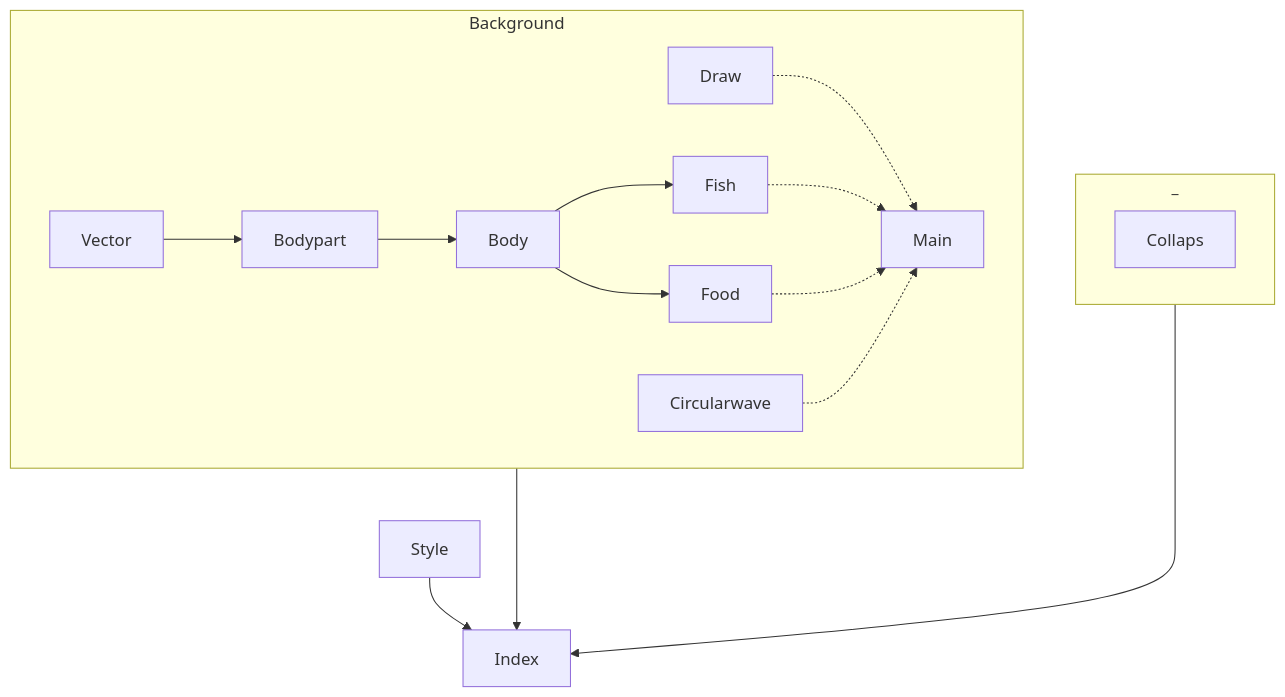
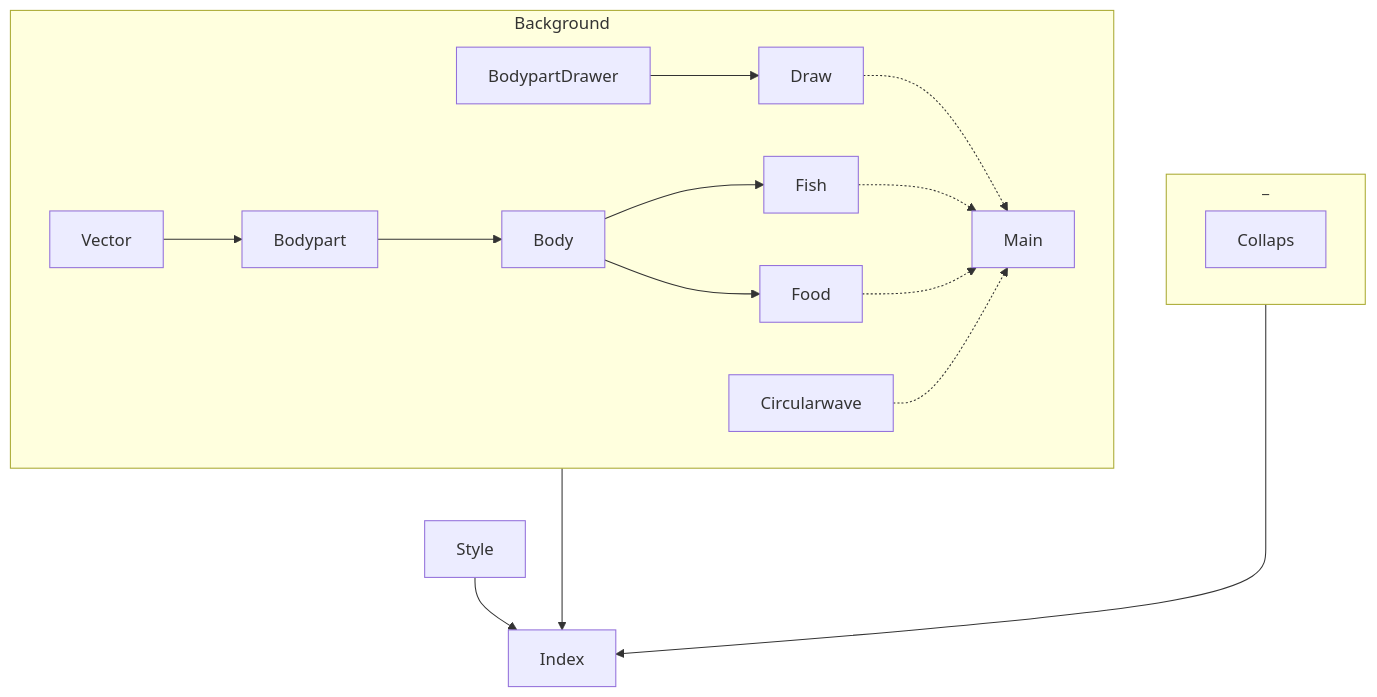
One commit to StefansCode/Website changed the diagram in README.md. Above: the diagram before and after it, drawn with Mermaid. The commit also changed 4 other files, not shown here.

````diff
--- a/README.md
+++ b/README.md
@@ -10,39 +10,40 @@
 ```mermaid
 flowchart TD;
 		
 		subgraph Background
     Vector --> Bodypart --> Body;
     Body --> Fish;
     Body --> Food;
     
+	BodypartDrawer  --> Draw;
     Draw -.-> Main
 		Fish -.-> Main;
 		Food -.-> Main;
 		Circularwave -.-> Main
 		end
 
 		subgraph sg1[_]
 		Collaps;
 		end
 
 		Style;
 		
 		Background ---> Index;
 		Style --> Index
 		sg1 ---> Index;
 
 click Vector "https://github.com/StefansCode/Website/blob/main/Fishbackground/vector.js"
 click Bodypart "https://github.com/StefansCode/Website/blob/main/Fishbackground/bodypart.js"
 click Body "https://github.com/StefansCode/Website/blob/main/Fishbackground/body.js"
 click Fish "https://github.com/StefansCode/Website/blob/main/Fishbackground/fish.js"
 click Food "https://github.com/StefansCode/Website/blob/main/Fishbackground/food.js"
 click Draw "https://github.com/StefansCode/Website/blob/main/Fishbackground/draw.js"
 click Circularwave "https://github.com/StefansCode/Website/blob/main/Fishbackground/circularwave.js"
 click Main "https://github.com/StefansCode/Website/blob/main/Fishbackground/main.js"
 
 click Collapse "https://github.com/StefansCode/Website/blob/main/collapse.js"
 
 click Style "https://github.com/StefansCode/Website/blob/main/styles.css"
 
 click Index "https://github.com/StefansCode/Website/blob/main/index.html"
 ```
````
